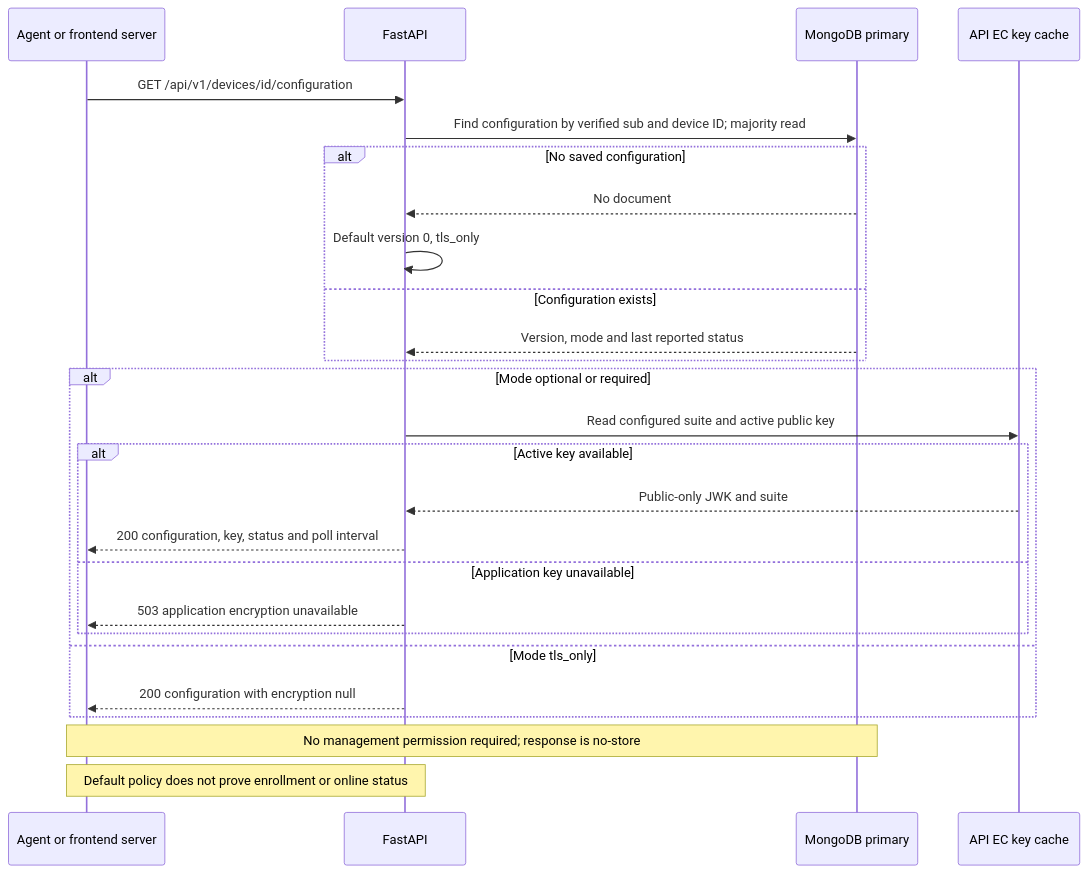
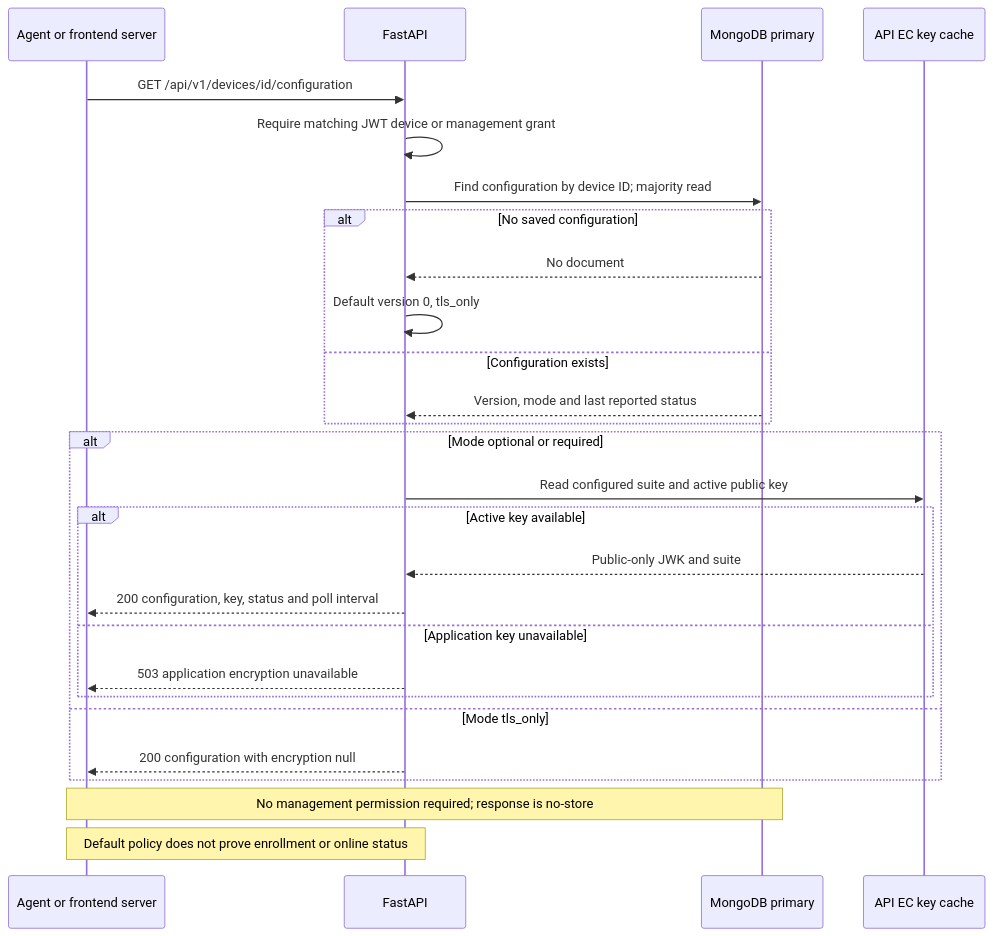
Before and after one commit to lucagiorgino/http-logger-collector: diagram 11 of 24 in docs/IMPLEMENTATION_STATUS.md, drawn with Mermaid. The commit also changed other lines of this file and 7 other files, not shown here.

First line of the commit message:
docs: update architecture and operational guidance

````diff
--- a/docs/IMPLEMENTATION_STATUS.md
+++ b/docs/IMPLEMENTATION_STATUS.md
@@ -469,28 +663,29 @@
 ```mermaid
 sequenceDiagram
     participant Caller as Agent or frontend server
     participant API as FastAPI
     participant Primary as MongoDB primary
     participant Keys as API EC key cache
     Caller->>API: GET /api/v1/devices/id/configuration
-    API->>Primary: Find configuration by verified sub and device ID#59; majority read
+    API->>API: Require matching JWT device or management grant
+    API->>Primary: Find configuration by device ID#59; majority read
     alt No saved configuration
         Primary-->>API: No document
         API->>API: Default version 0, tls_only
     else Configuration exists
         Primary-->>API: Version, mode and last reported status
     end
     alt Mode optional or required
         API->>Keys: Read configured suite and active public key
         alt Active key available
             Keys-->>API: Public-only JWK and suite
             API-->>Caller: 200 configuration, key, status and poll interval
         else Application key unavailable
             API-->>Caller: 503 application encryption unavailable
         end
     else Mode tls_only
         API-->>Caller: 200 configuration with encryption null
     end
     Note over Caller,Primary: No management permission required#59; response is no-store
     Note over Caller,API: Default policy does not prove enrollment or online status
 ```
````
